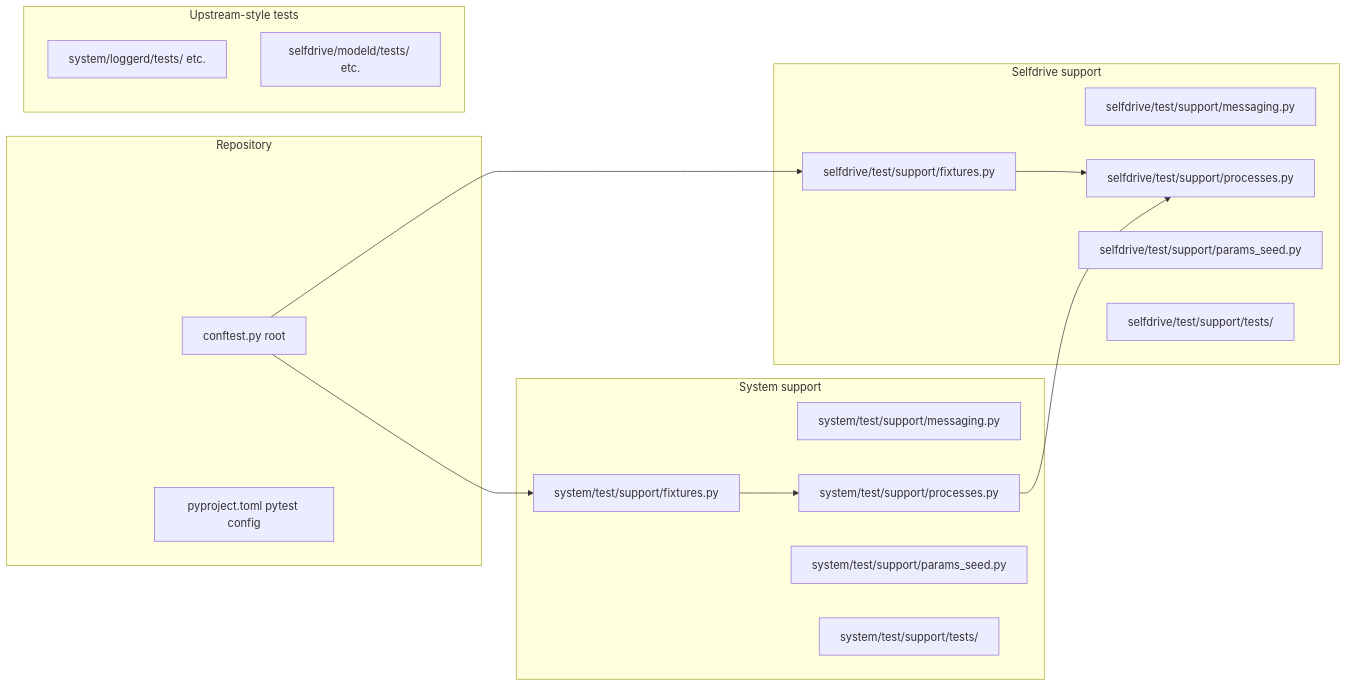
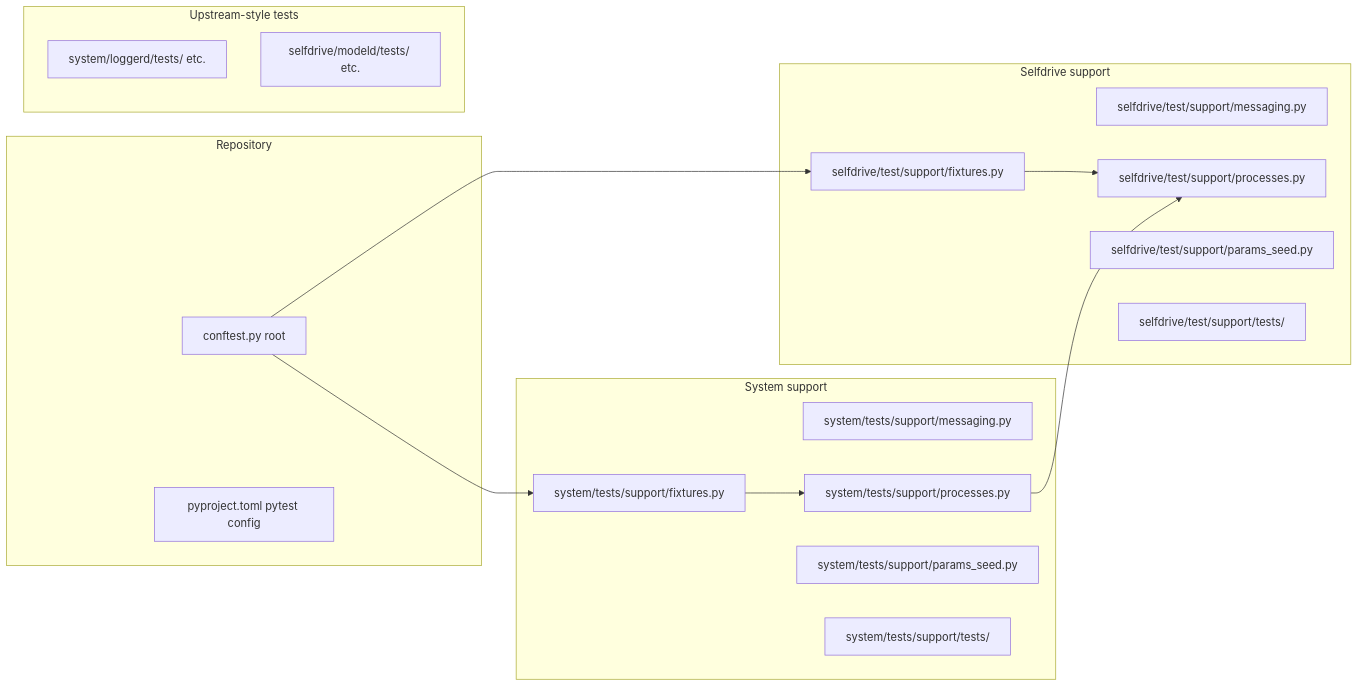
One commit to Colby-Frison/openpilot changed the second of 4 diagrams in docs/testing/INFRASTRUCTURE-OVERVIEW.md. Above: the diagram before and after it, drawn with Mermaid. The commit also changed other lines of this file and 10 other files, not shown here.

Commit message:
Updated system tests to be in existing directory I had made a new folder /test instead of adding the new tests to the existing /tests directory, this commit corrects that.

````diff
--- a/docs/testing/INFRASTRUCTURE-OVERVIEW.md
+++ b/docs/testing/INFRASTRUCTURE-OVERVIEW.md
@@ -40,30 +56,30 @@
 ```mermaid
 flowchart LR
   subgraph repo [Repository]
     RC[conftest.py root]
     PY[pyproject.toml pytest config]
   end
   subgraph sd [Selfdrive support]
     SDM[selfdrive/test/support/messaging.py]
     SDP[selfdrive/test/support/processes.py]
     SDPS[selfdrive/test/support/params_seed.py]
     SDF[selfdrive/test/support/fixtures.py]
     SDT[selfdrive/test/support/tests/]
   end
   subgraph sys [System support]
-    SYSM[system/test/support/messaging.py]
-    SYSP[system/test/support/processes.py]
-    SYSPS[system/test/support/params_seed.py]
-    SYSF[system/test/support/fixtures.py]
-    SYST[system/test/support/tests/]
+    SYSM[system/tests/support/messaging.py]
+    SYSP[system/tests/support/processes.py]
+    SYSPS[system/tests/support/params_seed.py]
+    SYSF[system/tests/support/fixtures.py]
+    SYST[system/tests/support/tests/]
   end
   subgraph upstream [Upstream-style tests]
     COMP[system/loggerd/tests/ etc.]
     SDCOMP[selfdrive/modeld/tests/ etc.]
   end
   RC --> SDF
   RC --> SYSF
   SDF --> SDP
   SYSF --> SYSP
   SYSP --> SDP
 ```
````
